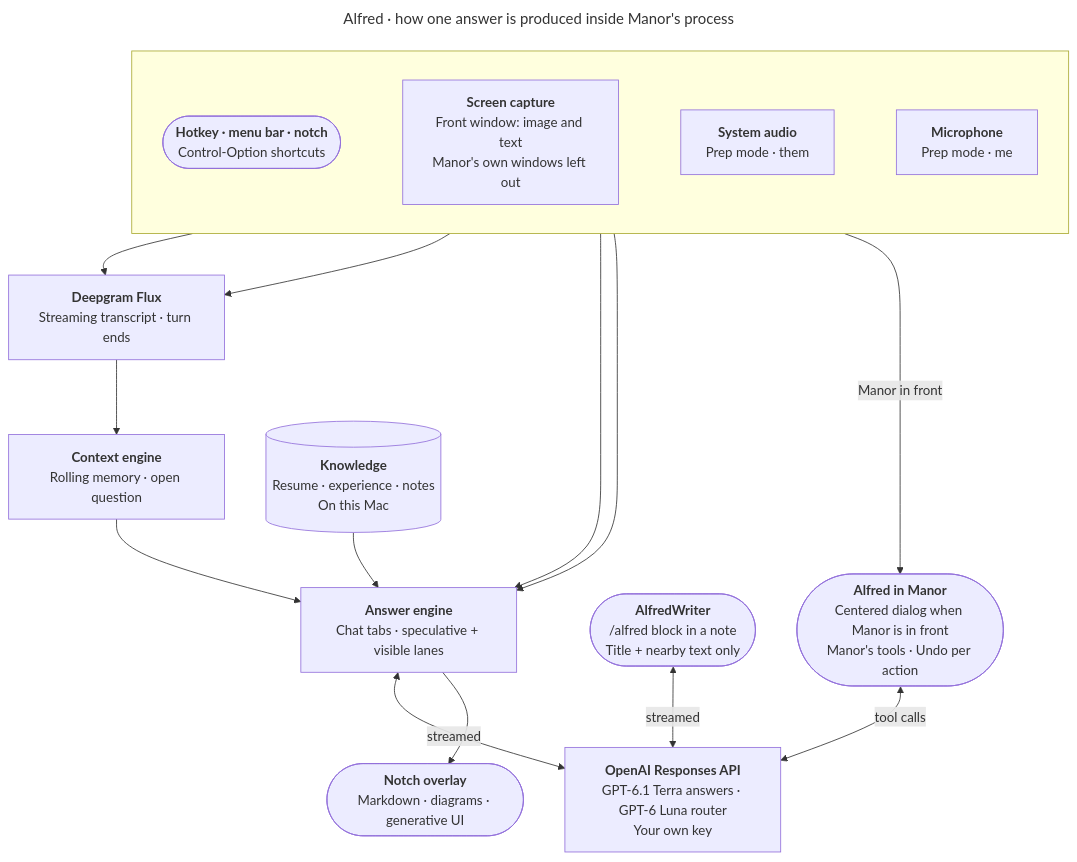
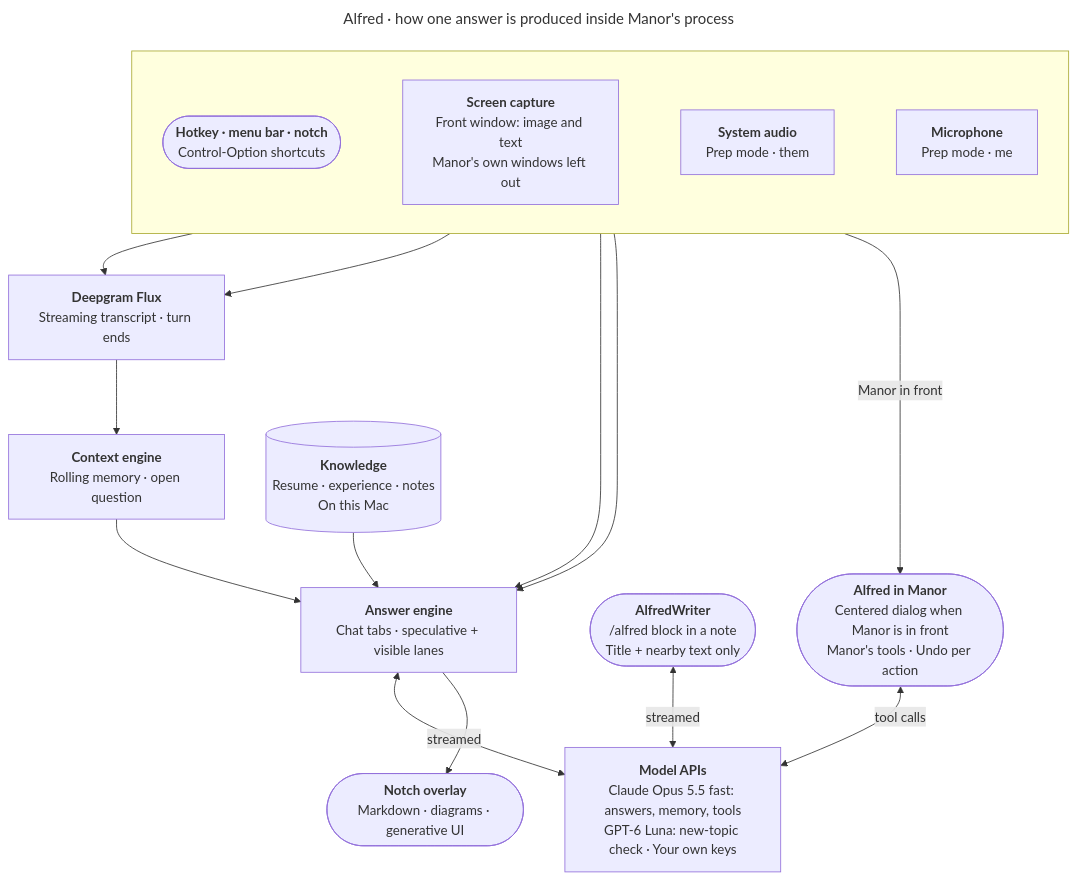
Before and after one commit to rithm84/Manor: the diagram in docs/diagrams/pele/alfred-runtime.mmd, drawn with Mermaid. The commit also changed 25 other files, not shown here.

First line of the commit message:
Run every Alfred reasoning path on Claude Opus 5.5 in fast mode

```diff
--- a/docs/diagrams/pele/alfred-runtime.mmd
+++ b/docs/diagrams/pele/alfred-runtime.mmd
@@ -1,49 +1,49 @@
 ---
 title: Alfred · how one answer is produced inside Manor's process
 ---
 flowchart TB
   subgraph row_in [" "]
     direction LR
     hotkey(["`**Hotkey · menu bar · notch**
     Control-Option shortcuts`"]):::people
     screen["`**Screen capture**
     Front window: image and text
     Manor's own windows left out`"]:::app
     sys["`**System audio**
     Prep mode · them`"]:::app
     mic["`**Microphone**
     Prep mode · me`"]:::app
     hotkey ~~~ screen ~~~ sys ~~~ mic
   end
   flux["`**Deepgram Flux**
   Streaming transcript · turn ends`"]:::external
   context["`**Context engine**
   Rolling memory · open question`"]:::agent
   knowledge[("`**Knowledge**
   Resume · experience · notes
   On this Mac`")]:::local
   answer["`**Answer engine**
   Chat tabs · speculative + visible lanes`"]:::agent
-  model["`**OpenAI Responses API**
-  GPT-6.1 Terra answers · GPT-6 Luna router
-  Your own key`"]:::external
+  model["`**Model APIs**
+  Claude Opus 5.5 fast: answers, memory, tools
+  GPT-6 Luna: new-topic check · Your own keys`"]:::external
   overlay(["`**Notch overlay**
   Markdown · diagrams · generative UI`"]):::app
   writer(["`**AlfredWriter**
   /alfred block in a note
   Title + nearby text only`"]):::app
   assistant(["`**Alfred in Manor**
   Centered dialog when Manor is in front
   Manor's tools · Undo per action`"]):::app
 
   sys --> flux
   mic --> flux
   flux --> context --> answer
   hotkey --> answer
   screen --> answer
   knowledge --> answer
   answer <-->|streamed| model
   answer --> overlay
   writer <-->|streamed| model
   hotkey -->|Manor in front| assistant
   assistant <-->|tool calls| model
```
